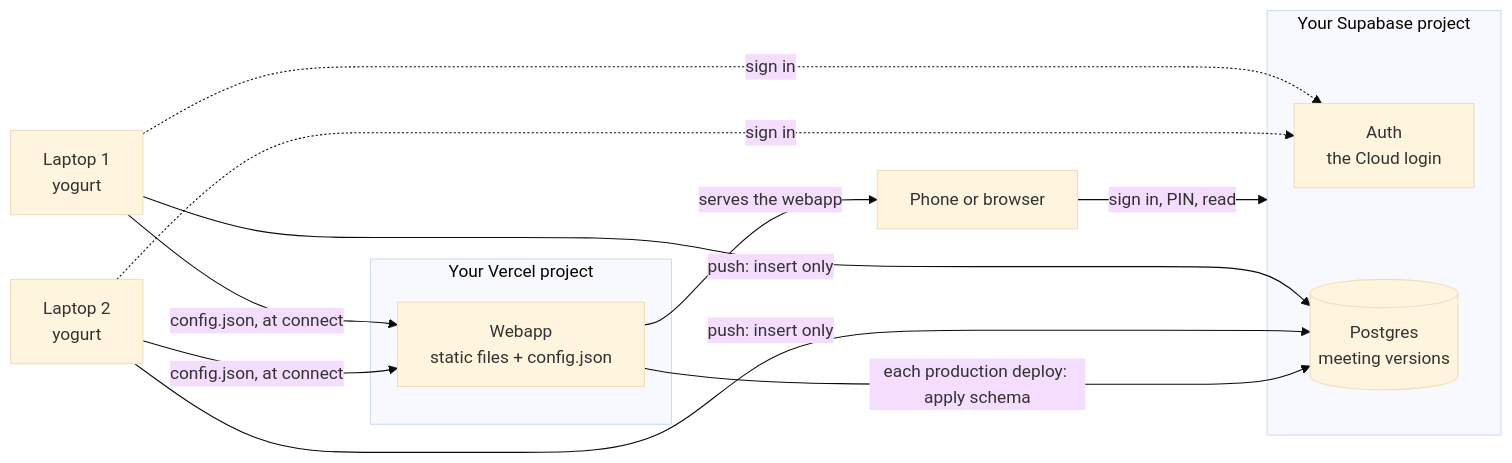
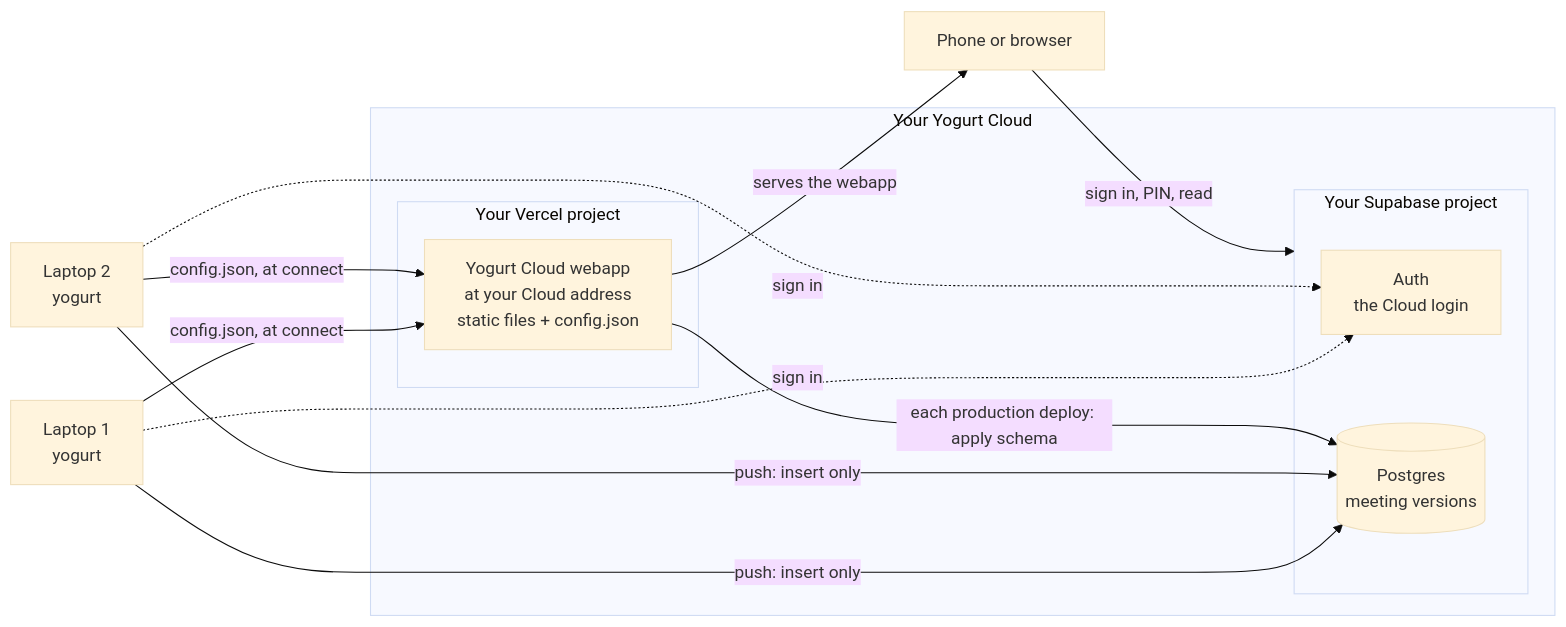
One commit to jarvisrchen/yogurt changed the first of 3 diagrams in docs/CLOUD-SYNC.md. Above: the diagram before and after it, drawn with Mermaid (base theme). The commit also changed other lines of this file and 20 other files, not shown here.

First line of the commit message:
SYNC-9: Rehearsal fixes: transcript jumps, PIN boxes, diagrams, README (#162)

````diff
--- a/docs/CLOUD-SYNC.md
+++ b/docs/CLOUD-SYNC.md
@@ -21,20 +23,22 @@
 ```mermaid
 flowchart LR
   L1["Laptop 1<br/>yogurt"]
   L2["Laptop 2<br/>yogurt"]
-  subgraph VC["Your Vercel project"]
-    WEB["Webapp<br/>static files + config.json"]
-  end
-  subgraph SB["Your Supabase project"]
-    AUTH["Auth<br/>the Cloud login"]
-    DB[("Postgres<br/>meeting versions")]
+  subgraph YC["Your Yogurt Cloud"]
+    subgraph VC["Your Vercel project"]
+      WEB["Yogurt Cloud webapp<br/>at your Cloud address<br/>static files + config.json"]
+    end
+    subgraph SB["Your Supabase project"]
+      AUTH["Auth<br/>the Cloud login"]
+      DB[("Postgres<br/>meeting versions")]
+    end
   end
   PH["Phone or browser"]
 
   L1 & L2 -- "push: insert only" --> DB
   L1 & L2 -. "sign in" .-> AUTH
   L1 & L2 -- "config.json, at connect" --> WEB
   WEB -- "each production deploy: apply schema" --> DB
   WEB -- "serves the webapp" --> PH
   PH -- "sign in, PIN, read" --> SB
 ```
````
